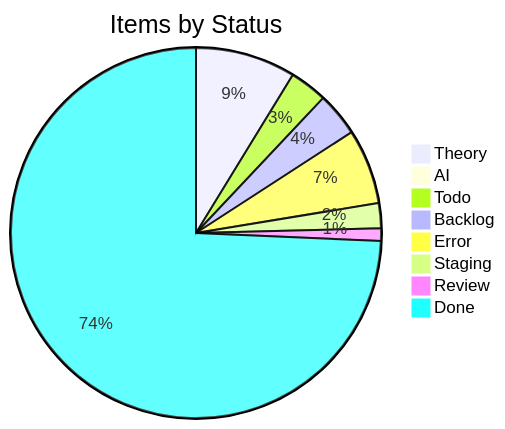
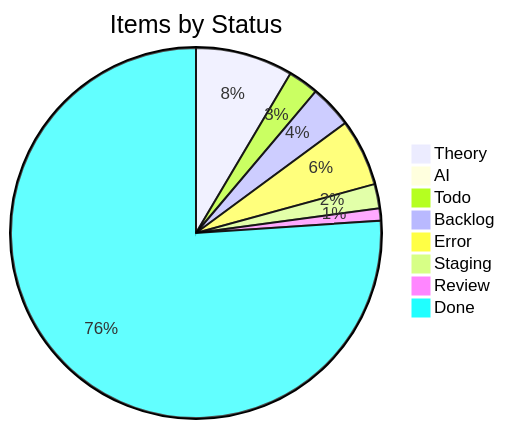
Before and after one commit to KBVE/kbve: the first of 2 diagrams in apps/kbve/astro-kbve/src/content/docs/dashboard/nx-kanban.mdx, drawn with Mermaid. The commit also changed other lines of this file and 1 other file, not shown here.

````diff
--- a/apps/kbve/astro-kbve/src/content/docs/dashboard/nx-kanban.mdx
+++ b/apps/kbve/astro-kbve/src/content/docs/dashboard/nx-kanban.mdx
@@ -54,11 +54,11 @@
 ```mermaid
 pie title Items by Status
     "Theory" : 16
     "AI" : 1
-    "Todo" : 6
+    "Todo" : 5
     "Backlog" : 7
-    "Error" : 12
+    "Error" : 11
     "Staging" : 4
     "Review" : 2
-    "Done" : 136
+    "Done" : 143
 ```
````
